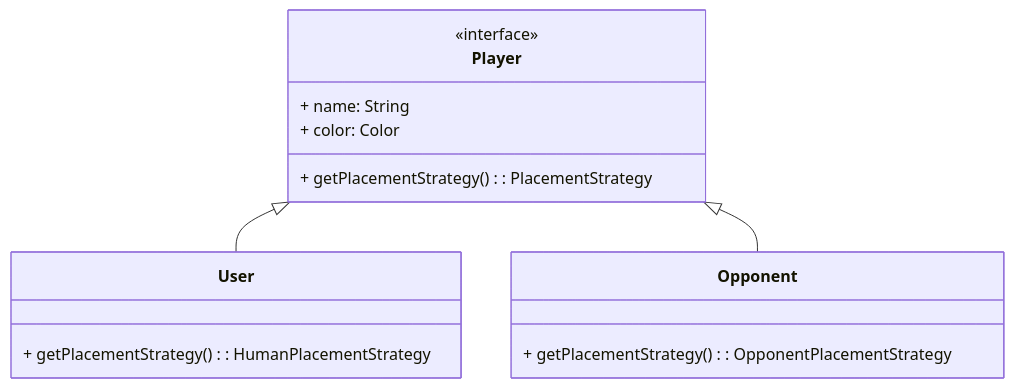
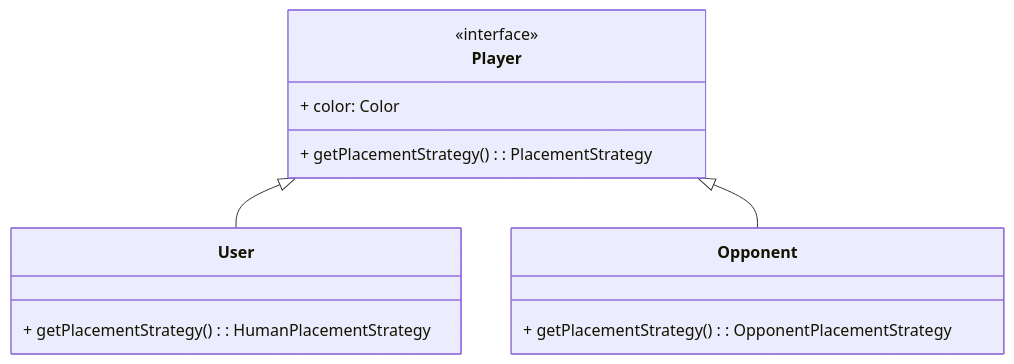
Before and after one commit to Borgotto/PPS-25-scalatello: the fourth of 8 diagrams in docs/report/5-detailed-design.md, drawn with Mermaid. The commit also changed other lines of this file and 1 other file, not shown here.

````diff
--- a/docs/report/5-detailed-design.md
+++ b/docs/report/5-detailed-design.md
@@ -117,18 +117,17 @@
 ```mermaid
 classDiagram
     class Player {
         <<interface>>
-        + name: String
         + color: Color
         + getPlacementStrategy(): PlacementStrategy
     }
     class User {
         + getPlacementStrategy(): HumanPlacementStrategy
     }
     class Opponent {
         + getPlacementStrategy(): OpponentPlacementStrategy
     }
 
     Player <|-- User
     Player <|-- Opponent
 ```
````
